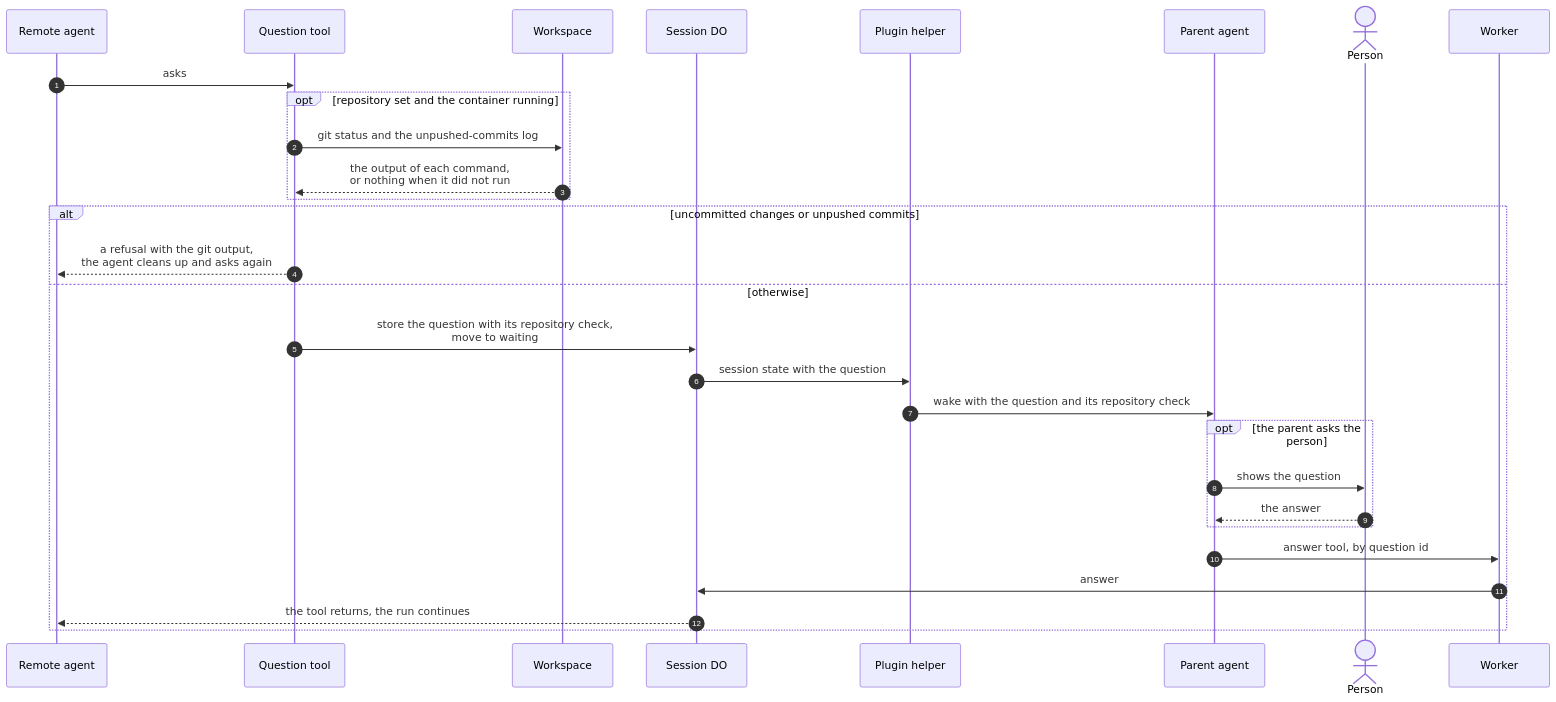
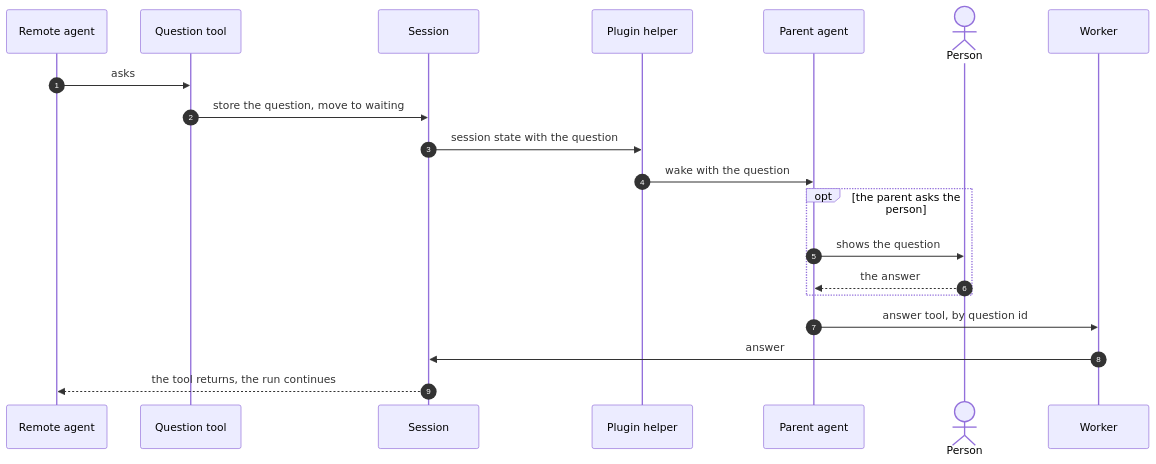
The diagram in docs/technical-design/question-round-trip.md (asermax/tentacles), drawn with Mermaid before and after one commit. The commit also changed other lines of this file and 14 other files, not shown here.

Commit message:
docs: record the Cloudflare Computer workspace design and move the Cloudflare details into provider notes

````diff
--- a/docs/technical-design/question-round-trip.md
+++ b/docs/technical-design/question-round-trip.md
@@ -15,31 +15,22 @@
 ```mermaid
 sequenceDiagram
     autonumber
     participant A as Remote agent
     participant T as Question tool
-    participant Ws as Workspace
-    participant S as Session DO
+    participant S as Session
     participant H as Plugin helper
     participant P as Parent agent
     actor Pe as Person
     participant W as Worker
     A->>T: asks
-    opt repository set and the container running
-        T->>Ws: git status and the unpushed-commits log
-        Ws-->>T: the output of each command,<br/>or nothing when it did not run
+    T->>S: store the question, move to waiting
+    S->>H: session state with the question
+    H->>P: wake with the question
+    opt the parent asks the person
+        P->>Pe: shows the question
+        Pe-->>P: the answer
     end
-    alt uncommitted changes or unpushed commits
-        T-->>A: a refusal with the git output,<br/>the agent cleans up and asks again
-    else otherwise
-        T->>S: store the question with its repository check,<br/>move to waiting
-        S->>H: session state with the question
-        H->>P: wake with the question and its repository check
-        opt the parent asks the person
-            P->>Pe: shows the question
-            Pe-->>P: the answer
-        end
-        P->>W: answer tool, by question id
-        W->>S: answer
-        S-->>A: the tool returns, the run continues
-    end
+    P->>W: answer tool, by question id
+    W->>S: answer
+    S-->>A: the tool returns, the run continues
 ```
````
